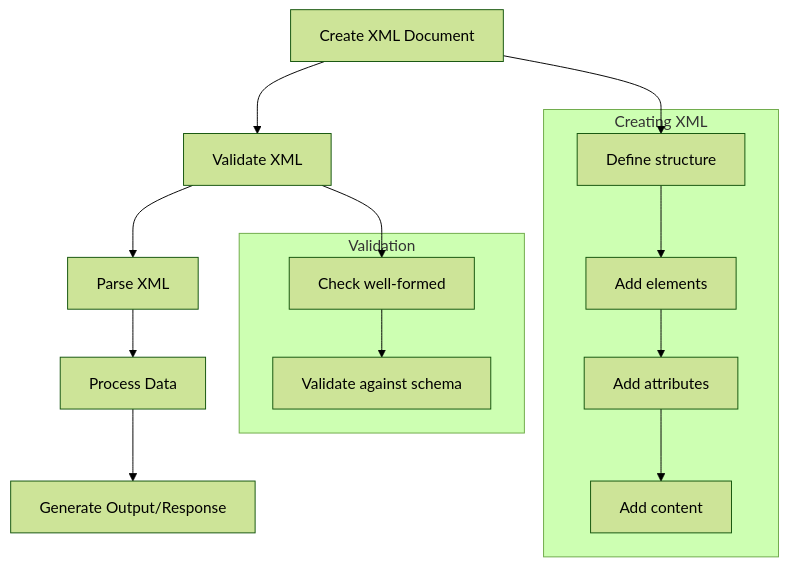
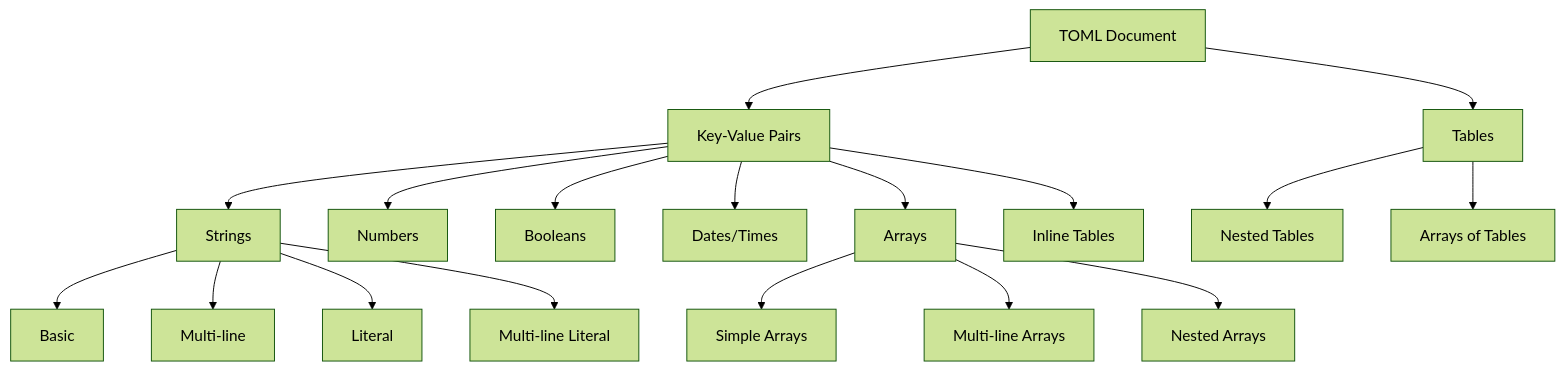
The diagram in apps-standalone/ayokoding-web/content/en/learn/crash-courses/swe/data/format/toml/basics.md (wahidyankf/oss), drawn with Mermaid (forest theme) before and after one commit. The commit also changed other lines of this file and 27 other files, not shown here.

````diff
--- a/apps-standalone/ayokoding-web/content/en/learn/crash-courses/swe/data/format/toml/basics.md
+++ b/apps-standalone/ayokoding-web/content/en/learn/crash-courses/swe/data/format/toml/basics.md
@@ -449,20 +206,24 @@
 ```mermaid
-graph TD
-    A[Create XML Document] -->B[Validate XML]
-    B -->C[Parse XML]
-    C -->D[Process Data]
-    D -->E[Generate Output/Response]
+flowchart TD
+    A[TOML Document] --> B[Key-Value Pairs]
+    A --> C[Tables]
 
-    subgraph "Creating XML"
-    A1[Define structure] -->A2[Add elements]
-    A2 -->A3[Add attributes]
-    A3 -->A4[Add content]
-    end
+    B --> F[Strings]
+    B --> G[Numbers]
+    B --> H[Booleans]
+    B --> I[Dates/Times]
+    B --> J[Arrays]
+    B --> K[Inline Tables]
 
-    subgraph "Validation"
-    B1[Check well-formed] -->B2[Validate against schema]
-    end
+    C --> D[Nested Tables]
+    C --> E[Arrays of Tables]
 
-    A -->A1
-    B -->B1
+    F --> F1[Basic]
+    F --> F2[Multi-line]
+    F --> F3[Literal]
+    F --> F4[Multi-line Literal]
+
+    J --> J1[Simple Arrays]
+    J --> J2[Multi-line Arrays]
+    J --> J3[Nested Arrays]
 ```
````
